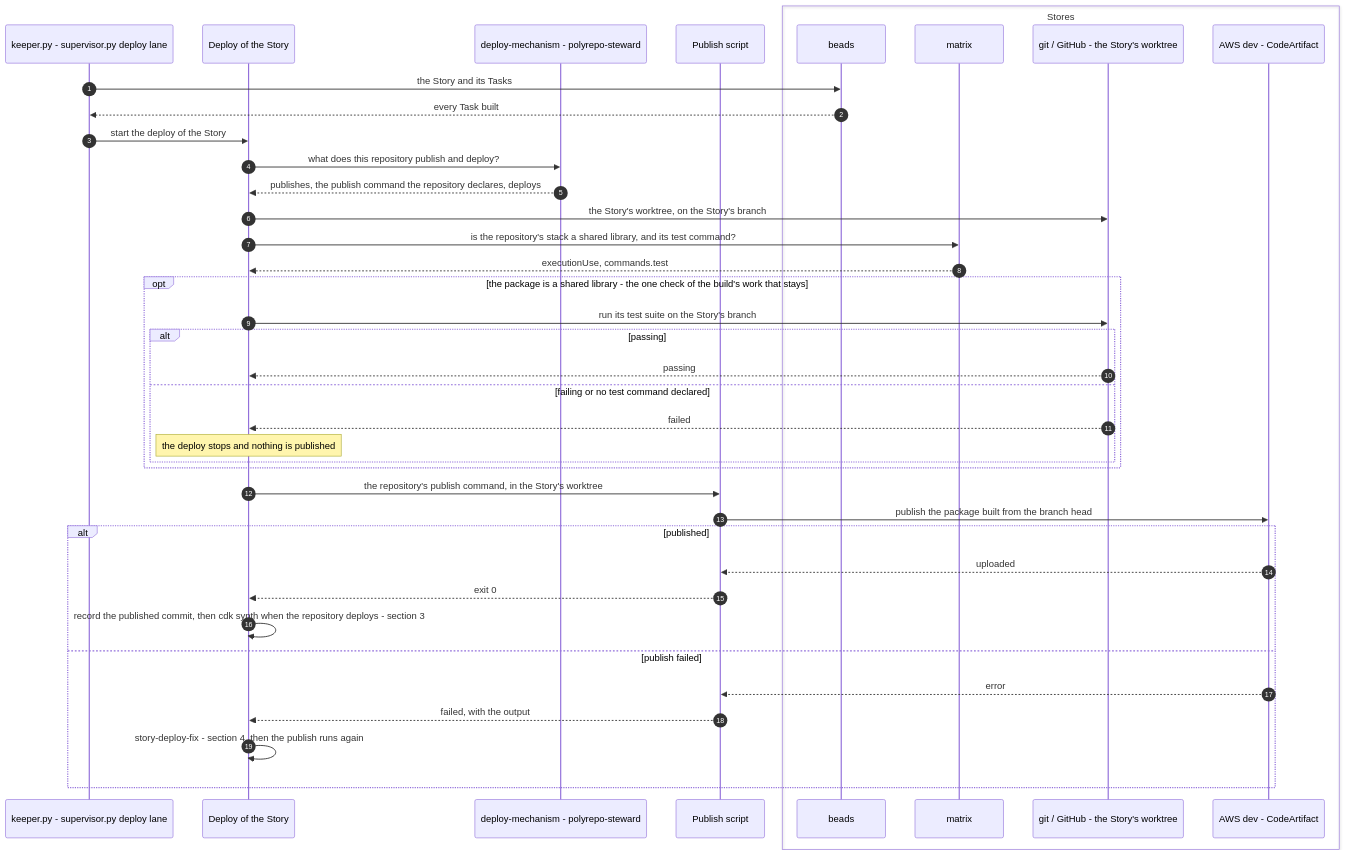
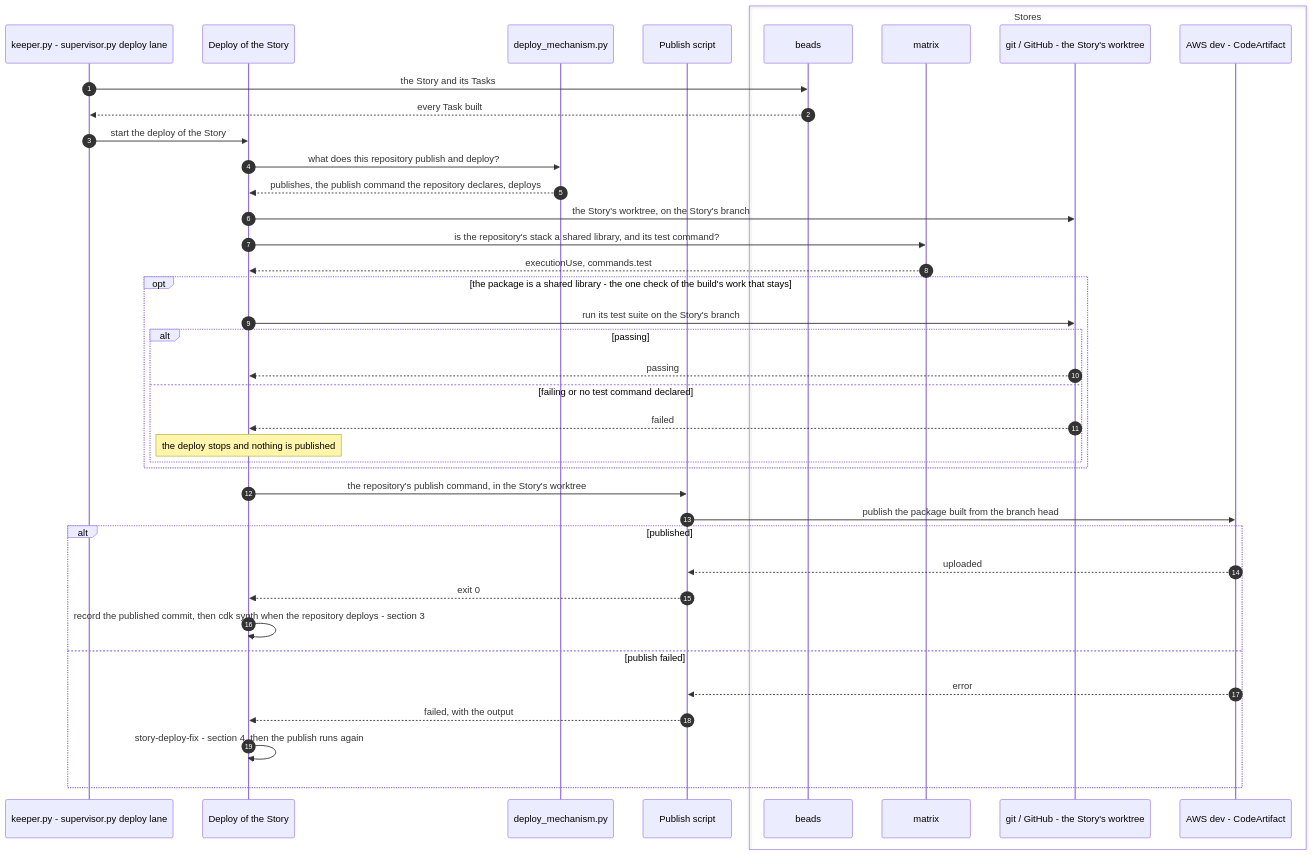
The second of 9 diagrams in plugins/agent-teams-workforce/blueprint/design/pipelines-deploy.md (mark-satterfield/toolset), drawn with Mermaid before and after one commit. The commit also changed other lines of this file and 148 other files, not shown here.

````diff
--- a/plugins/agent-teams-workforce/blueprint/design/pipelines-deploy.md
+++ b/plugins/agent-teams-workforce/blueprint/design/pipelines-deploy.md
@@ -160,43 +160,43 @@
 ```mermaid
 sequenceDiagram
     autonumber
     participant K as keeper.py - supervisor.py deploy lane
     participant DW as Deploy of the Story
-    participant ST as deploy-mechanism - polyrepo-steward
+    participant ST as deploy_mechanism.py
     participant RUN as Publish script
     box Stores
         participant BD as beads
         participant MX as matrix
         participant G as git / GitHub - the Story's worktree
         participant AWS as AWS dev - CodeArtifact
     end
 
     K->>BD: the Story and its Tasks
     BD-->>K: every Task built
     K->>DW: start the deploy of the Story
     DW->>ST: what does this repository publish and deploy?
     ST-->>DW: publishes, the publish command the repository declares, deploys
     DW->>G: the Story's worktree, on the Story's branch
     DW->>MX: is the repository's stack a shared library, and its test command?
     MX-->>DW: executionUse, commands.test
     opt the package is a shared library - the one check of the build's work that stays
         DW->>G: run its test suite on the Story's branch
         alt passing
             G-->>DW: passing
         else failing or no test command declared
             G-->>DW: failed
             Note over DW: the deploy stops and nothing is published
         end
     end
     DW->>RUN: the repository's publish command, in the Story's worktree
     RUN->>AWS: publish the package built from the branch head
     alt published
         AWS-->>RUN: uploaded
         RUN-->>DW: exit 0
         DW->>DW: record the published commit, then cdk synth when the repository deploys - section 3
     else publish failed
         AWS-->>RUN: error
         RUN-->>DW: failed, with the output
         DW->>DW: story-deploy-fix - section 4, then the publish runs again
     end
 ```
````
